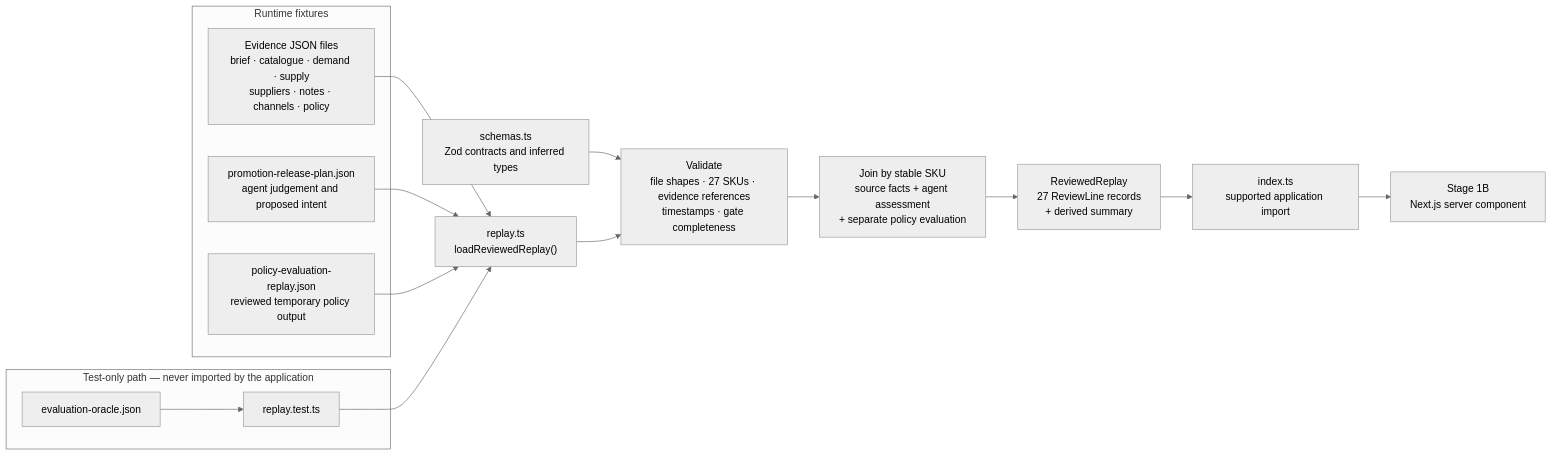
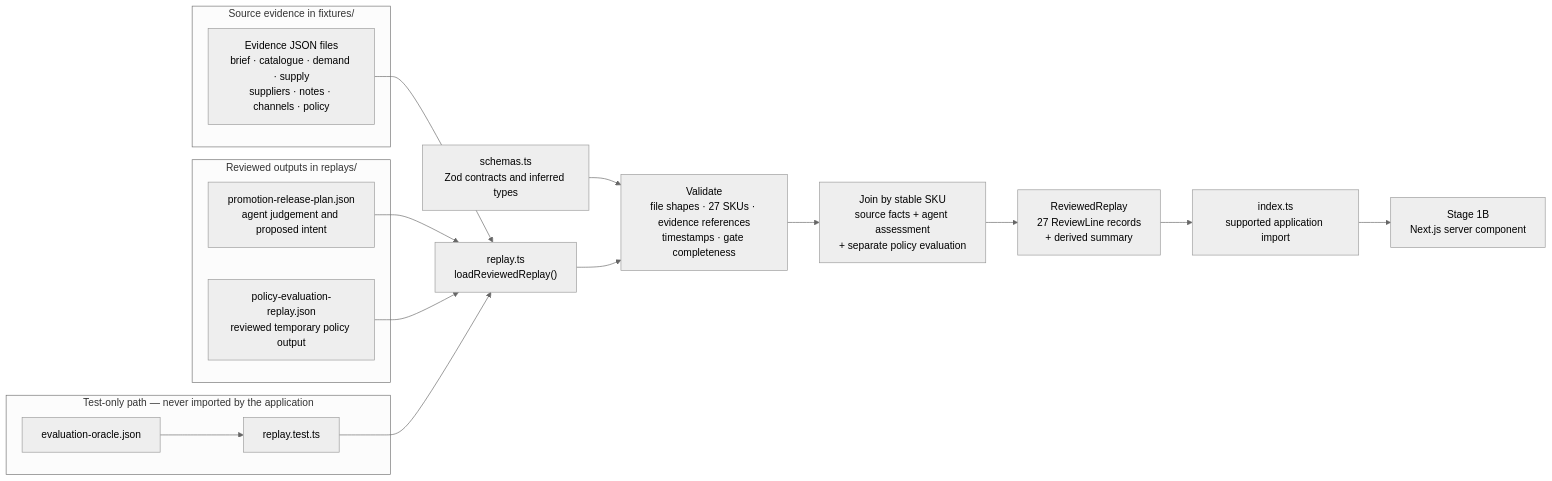
One commit to stepanjakl/safepoint changed the diagram in docs/STAGE-1A-BRIEF.md. Above: the diagram before and after it, drawn with Mermaid (neutral theme). The commit also changed other lines of this file and 42 other files, not shown here.

````diff
--- a/docs/STAGE-1A-BRIEF.md
+++ b/docs/STAGE-1A-BRIEF.md
@@ -21,34 +21,37 @@
 ```mermaid
 flowchart LR
-    subgraph RuntimeData[Runtime fixtures]
+    subgraph EvidenceData[Source evidence in fixtures/]
         Evidence["Evidence JSON files<br/>brief · catalogue · demand · supply<br/>suppliers · notes · channels · policy"]
+    end
+
+    subgraph ReplayData[Reviewed outputs in replays/]
         Proposal["promotion-release-plan.json<br/>agent judgement and proposed intent"]
         PolicyReplay["policy-evaluation-replay.json<br/>reviewed temporary policy output"]
     end
 
     Schemas["schemas.ts<br/>Zod contracts and inferred types"]
     Loader["replay.ts<br/>loadReviewedReplay()"]
     Validation["Validate<br/>file shapes · 27 SKUs · evidence references<br/>timestamps · gate completeness"]
     Join["Join by stable SKU<br/>source facts + agent assessment<br/>+ separate policy evaluation"]
     Output["ReviewedReplay<br/>27 ReviewLine records<br/>+ derived summary"]
     PublicBoundary["index.ts<br/>supported application import"]
     Interface["Stage 1B<br/>Next.js server component"]
 
     Evidence --> Loader
     Proposal --> Loader
     PolicyReplay --> Loader
     Schemas --> Validation
     Loader --> Validation
     Validation --> Join
     Join --> Output
     Output --> PublicBoundary
     PublicBoundary --> Interface
 
     subgraph TestOnly["Test-only path — never imported by the application"]
         Oracle[evaluation-oracle.json]
         Tests[replay.test.ts]
         Oracle --> Tests
     end
 
     Tests --> Loader
 ```
````
